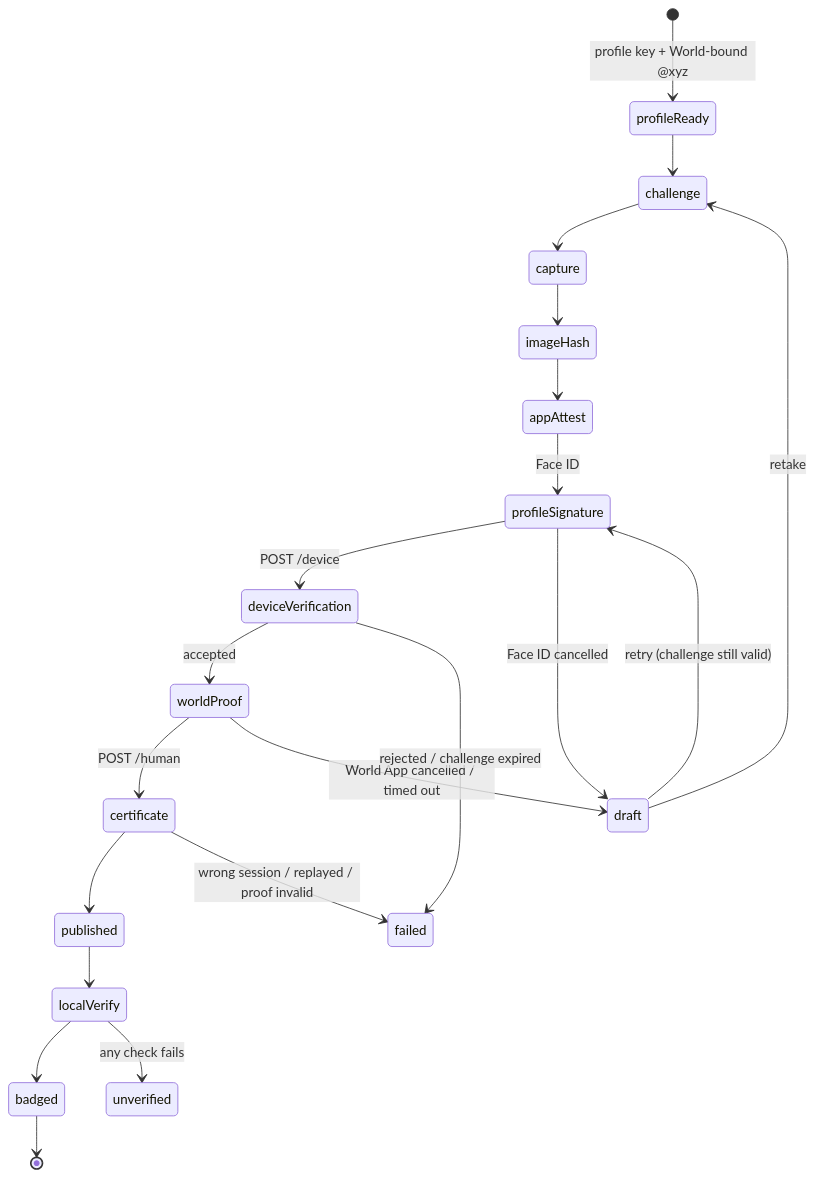
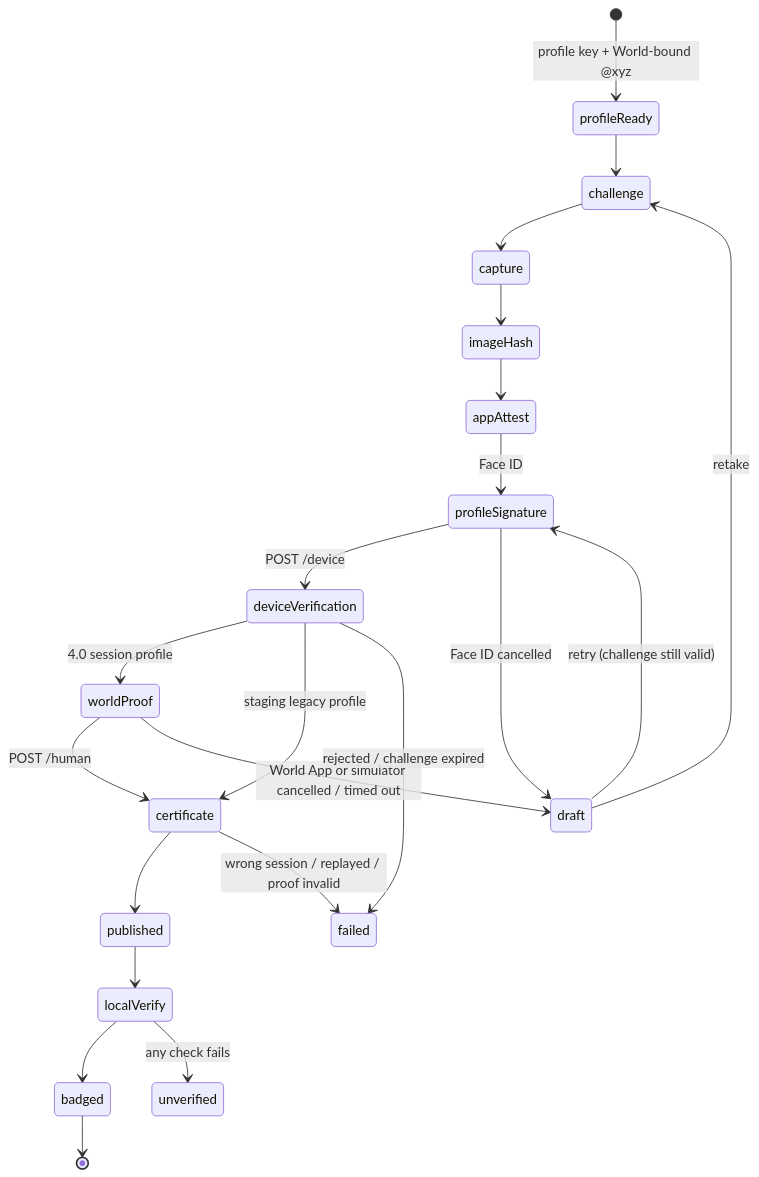
The fourth of 4 diagrams in docs/ARCHITECTURE.md (seyl3/pupille), drawn with Mermaid before and after one commit. The commit also changed other lines of this file, not shown here.

Commit message:
feat: define Orb-backed Proof of Human architecture

````diff
--- a/docs/ARCHITECTURE.md
+++ b/docs/ARCHITECTURE.md
@@ -322,24 +333,25 @@
 ```mermaid
 stateDiagram-v2
   [*] --> profileReady: profile key + World-bound @xyz
   profileReady --> challenge
   challenge --> capture
   capture --> imageHash
   imageHash --> appAttest
   appAttest --> profileSignature: Face ID
   profileSignature --> deviceVerification: POST /device
-  deviceVerification --> worldProof: accepted
+  deviceVerification --> worldProof: 4.0 session profile
+  deviceVerification --> certificate: staging legacy profile
   worldProof --> certificate: POST /human
   certificate --> published
   published --> localVerify
   localVerify --> badged
   badged --> [*]
   profileSignature --> draft: Face ID cancelled
-  worldProof --> draft: World App cancelled / timed out
+  worldProof --> draft: World App or simulator cancelled / timed out
   deviceVerification --> failed: rejected / challenge expired
   certificate --> failed: wrong session / replayed / proof invalid
   localVerify --> unverified: any check fails
   draft --> profileSignature: retry (challenge still valid)
   draft --> challenge: retake
   
 ```
````
